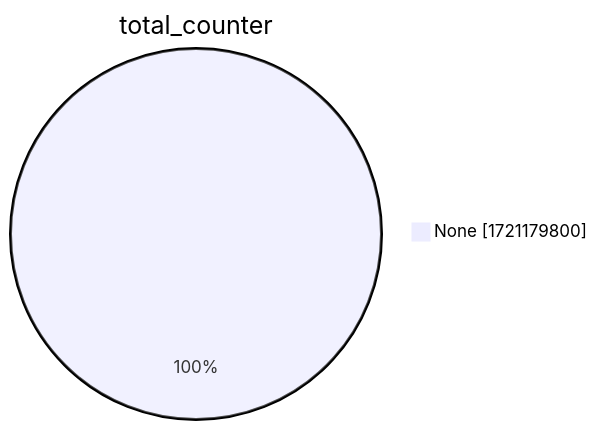
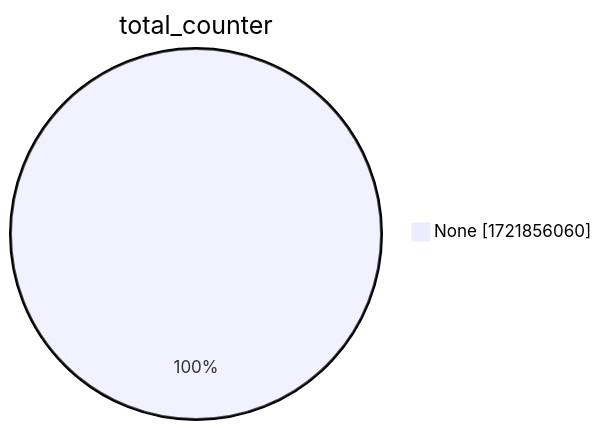
One commit to christiankrug/ctmonitor_visualization changed the second of 15 diagrams in xenon2022/README.md. Above: the diagram before and after it, drawn with Mermaid. The commit also changed other lines of this file, not shown here.

````diff
--- a/xenon2022/README.md
+++ b/xenon2022/README.md
@@ -9,5 +9,5 @@
 ```mermaid
 pie showData
 title total_counter
-"None" :1721179800
+"None" :1721856060
 ```
````
